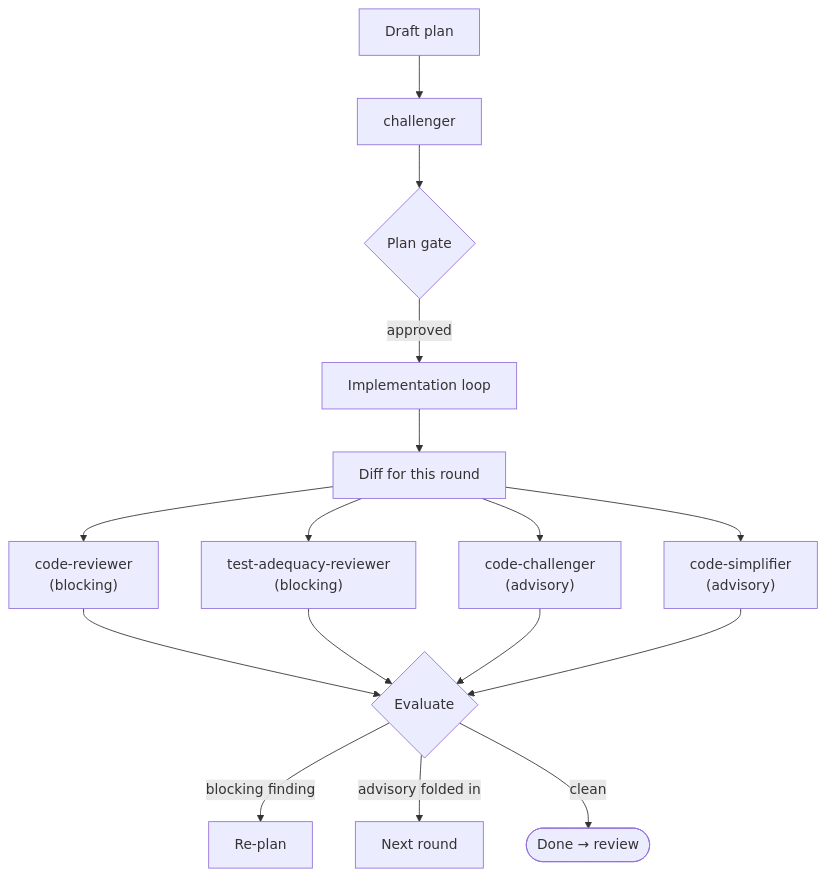
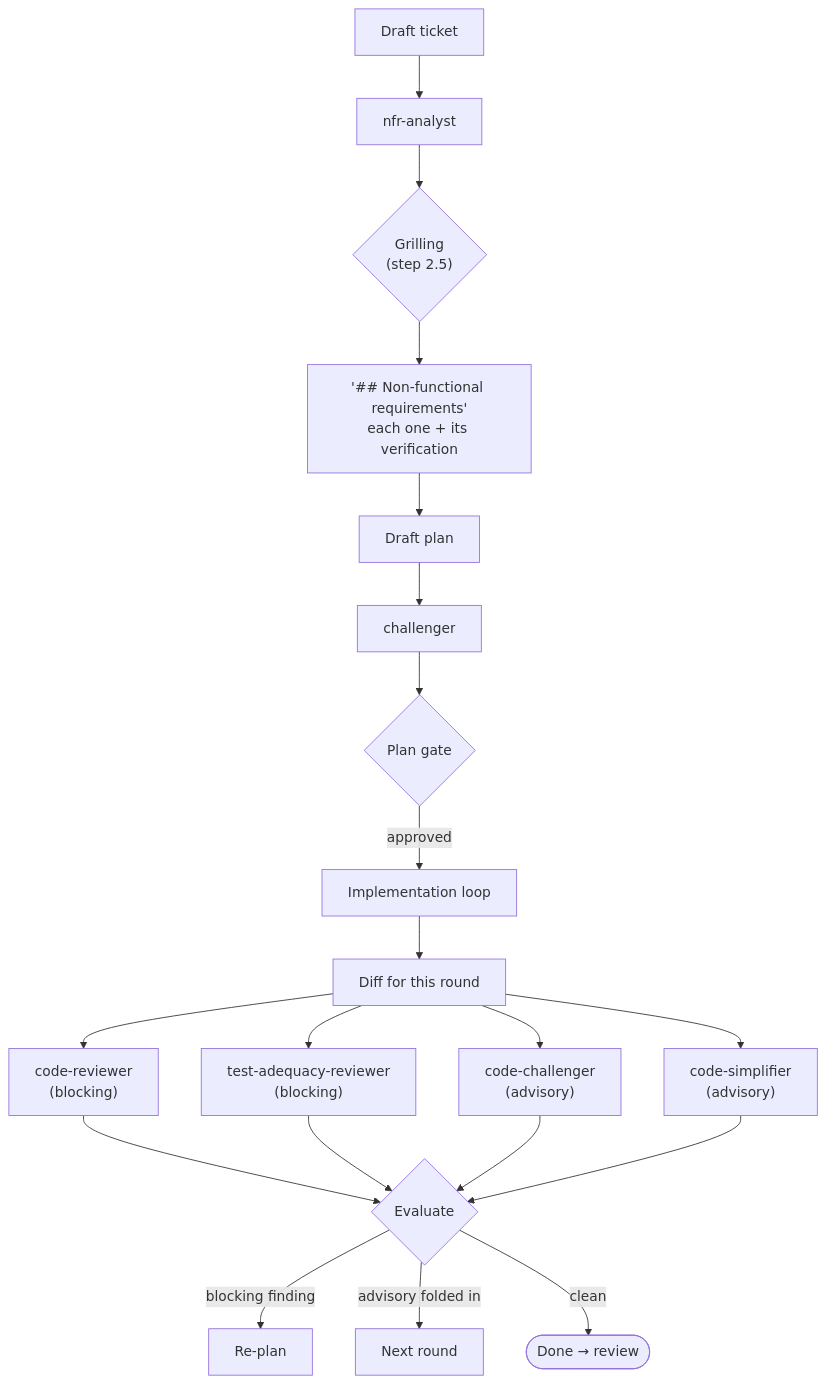
Before and after one commit to elmoritz/agents-skills-setup: the diagram in docs/agents/index.md, drawn with Mermaid. The commit also changed other lines of this file and 48 other files, not shown here.

First line of the commit message:
feat(agents): add nfr-analyst, a fixed NFR pass at ticket creation

````diff
--- a/docs/agents/index.md
+++ b/docs/agents/index.md
@@ -18,20 +20,25 @@
 ```mermaid
 flowchart TD
-    Plan["Draft plan"] --> Challenger["challenger"]
+    Ticket["Draft ticket"] --> NFR["nfr-analyst"]
+    NFR --> Grill{"Grilling<br/>(step 2.5)"}
+    Grill --> Section["'## Non-functional requirements'<br/>each one + its verification"]
+    Section --> Plan["Draft plan"]
+
+    Plan --> Challenger["challenger"]
     Challenger --> Gate{"Plan gate"}
     Gate -->|approved| Loop["Implementation loop"]
 
     Loop --> Diff["Diff for this round"]
     Diff --> CR["code-reviewer<br/>(blocking)"]
     Diff --> TAR["test-adequacy-reviewer<br/>(blocking)"]
     Diff --> CC["code-challenger<br/>(advisory)"]
     Diff --> CS["code-simplifier<br/>(advisory)"]
 
     CR --> Eval{"Evaluate"}
     TAR --> Eval
     CC --> Eval
     CS --> Eval
     Eval -->|blocking finding| Replan["Re-plan"]
     Eval -->|advisory folded in| Iterate["Next round"]
     Eval -->|clean| Done(["Done → review"])
 ```
````
